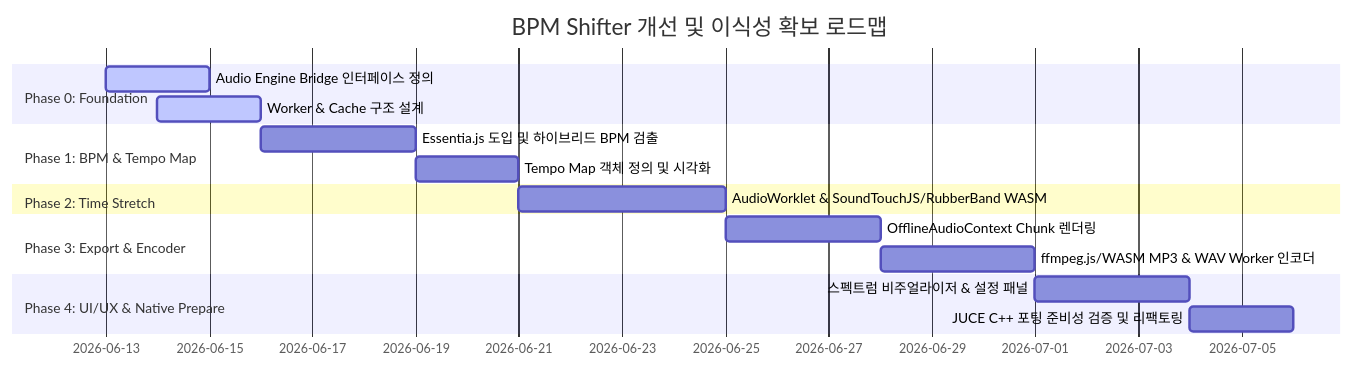
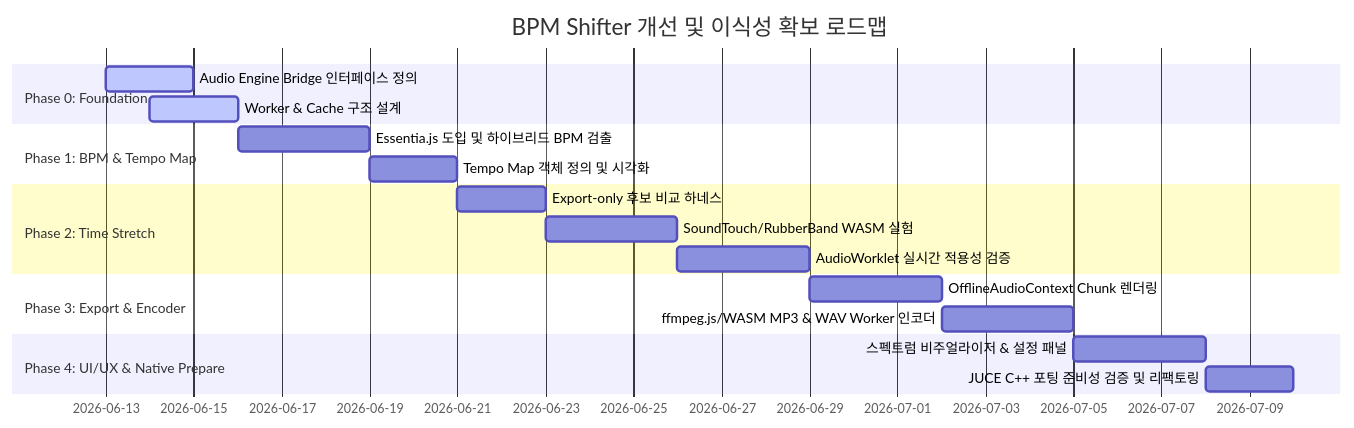
The third of 3 diagrams in 제안.md (limsunglyong/FocusDAW-Studio), drawn with Mermaid before and after one commit. The commit also changed other lines of this file and 2 other files, not shown here.

````diff
--- a/제안.md
+++ b/제안.md
@@ -177,24 +188,26 @@
 ```mermaid
 gantt
     title BPM Shifter 개선 및 이식성 확보 로드맵
     dateFormat  YYYY-MM-DD
     
     section Phase 0: Foundation
     Audio Engine Bridge 인터페이스 정의   :active, 2026-06-13, 2d
     Worker & Cache 구조 설계             :active, after Bridge, 2d
     
     section Phase 1: BPM & Tempo Map
     Essentia.js 도입 및 하이브리드 BPM 검출 : 3d
     Tempo Map 객체 정의 및 시각화        : 2d
     
     section Phase 2: Time Stretch
-    AudioWorklet & SoundTouchJS/RubberBand WASM : 4d
+    Export-only 후보 비교 하네스 : 2d
+    SoundTouch/RubberBand WASM 실험 : 3d
+    AudioWorklet 실시간 적용성 검증 : 3d
     
     section Phase 3: Export & Encoder
     OfflineAudioContext Chunk 렌더링    : 3d
     ffmpeg.js/WASM MP3 & WAV Worker 인코더  : 3d
     
     section Phase 4: UI/UX & Native Prepare
     스펙트럼 비주얼라이저 & 설정 패널    : 3d
     JUCE C++ 포팅 준비성 검증 및 리팩토링 : 2d
 ```
````
